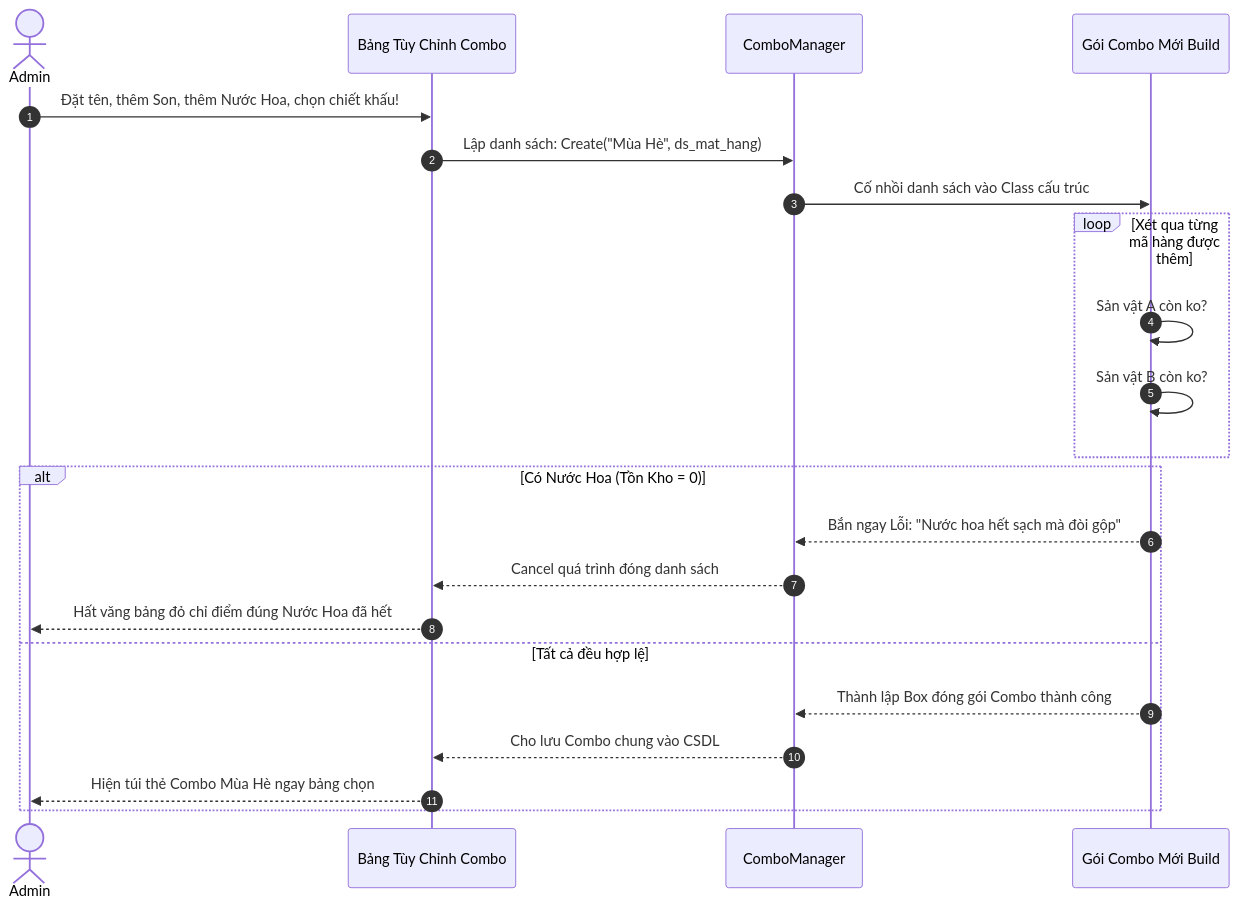
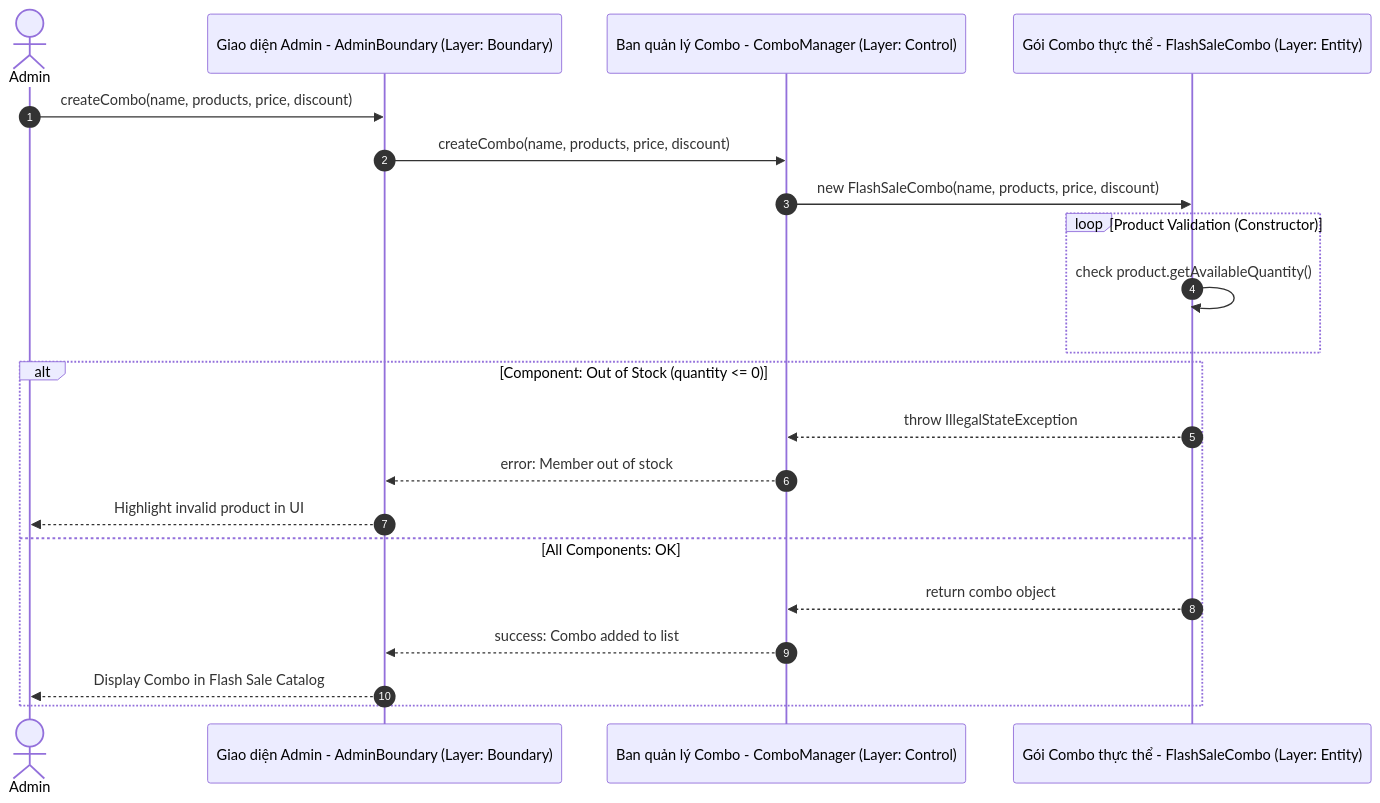
Before and after one commit to BestHoaBonn/flashsaledemo: the sixth of 6 diagrams in flashsale_diagrams.md, drawn with Mermaid. The commit also changed other lines of this file and 15 other files, not shown here.

Commit message:
feat: implement flash sale core entities and BDD test suite for campaign management, inventory, and analytics

````diff
--- a/flashsale_diagrams.md
+++ b/flashsale_diagrams.md
@@ -312,27 +317,26 @@
 ```mermaid
 sequenceDiagram
     autonumber
     actor Admin
-    participant UI as Bảng Tùy Chỉnh Combo
-    participant Control as ComboManager
-    participant Entity as Gói Combo Mới Build
+    participant Boundary as Giao diện Admin - AdminBoundary (Layer: Boundary)
+    participant Control as Ban quản lý Combo - ComboManager (Layer: Control)
+    participant Entity as Gói Combo thực thể - FlashSaleCombo (Layer: Entity)
 
-    Admin->>UI: Đặt tên, thêm Son, thêm Nước Hoa, chọn chiết khấu!
-    UI->>Control: Lập danh sách: Create("Mùa Hè", ds_mat_hang)
-    Control->>Entity: Cố nhồi danh sách vào Class cấu trúc
+    Admin->>Boundary: createCombo(name, products, price, discount)
+    Boundary->>Control: createCombo(name, products, price, discount)
+    Control->>Entity: new FlashSaleCombo(name, products, price, discount)
     
-    loop Xét qua từng mã hàng được thêm
-        Entity->>Entity: Sản vật A còn ko?
-        Entity->>Entity: Sản vật B còn ko?
+    loop Product Validation (Constructor)
+        Entity->>Entity: check product.getAvailableQuantity()
     end
     
-    alt Có Nước Hoa (Tồn Kho = 0)
-        Entity-->>Control: Bắn ngay Lỗi: "Nước hoa hết sạch mà đòi gộp"
-        Control-->>UI: Cancel quá trình đóng danh sách
-        UI-->>Admin: Hất văng bảng đỏ chỉ điểm đúng Nước Hoa đã hết
-    else Tất cả đều hợp lệ
-        Entity-->>Control: Thành lập Box đóng gói Combo thành công
-        Control-->>UI: Cho lưu Combo chung vào CSDL
-        UI-->>Admin: Hiện túi thẻ Combo Mùa Hè ngay bảng chọn
+    alt Component: Out of Stock (quantity <= 0)
+        Entity-->>Control: throw IllegalStateException
+        Control-->>Boundary: error: Member out of stock
+        Boundary-->>Admin: Highlight invalid product in UI
+    else All Components: OK
+        Entity-->>Control: return combo object
+        Control-->>Boundary: success: Combo added to list
+        Boundary-->>Admin: Display Combo in Flash Sale Catalog
     end
 ```
````
